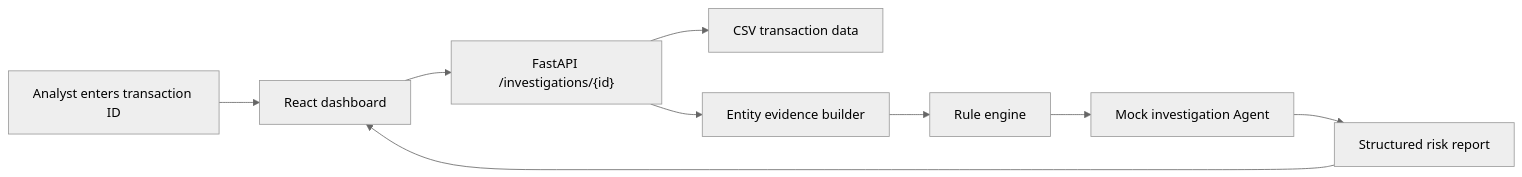
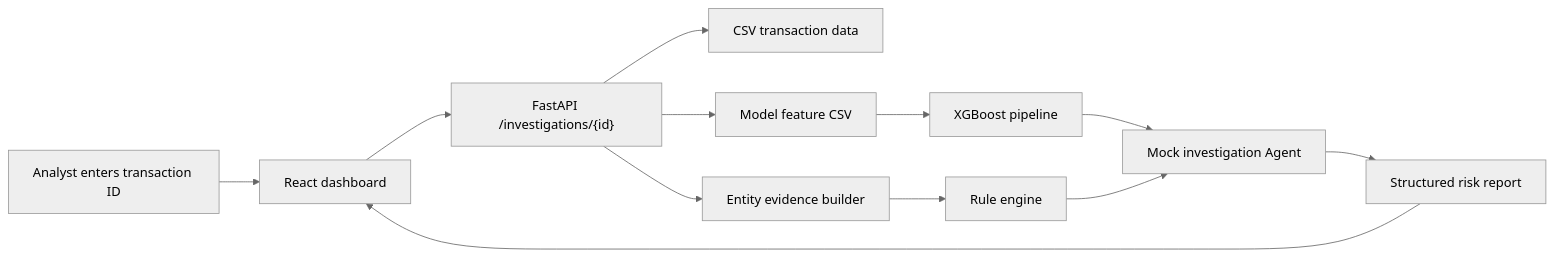
Before and after one commit to W3d6657W3d/fraudguard-agent: the diagram in docs/architecture.md, drawn with Mermaid (neutral theme). The commit also changed other lines of this file and 22 other files, not shown here.

````diff
--- a/docs/architecture.md
+++ b/docs/architecture.md
@@ -13,11 +14,14 @@
 ```mermaid
 flowchart LR
     A["Analyst enters transaction ID"] --> B["React dashboard"]
     B --> C["FastAPI /investigations/{id}"]
     C --> D["CSV transaction data"]
-    C --> E["Entity evidence builder"]
-    E --> F["Rule engine"]
-    F --> G["Mock investigation Agent"]
-    G --> H["Structured risk report"]
-    H --> B
+    C --> E["Model feature CSV"]
+    E --> F["XGBoost pipeline"]
+    C --> G["Entity evidence builder"]
+    G --> H["Rule engine"]
+    F --> I["Mock investigation Agent"]
+    H --> I
+    I --> J["Structured risk report"]
+    J --> B
 ```
````
